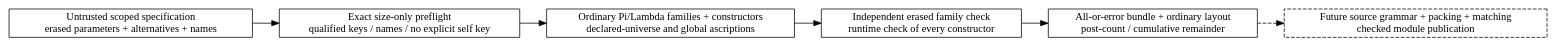
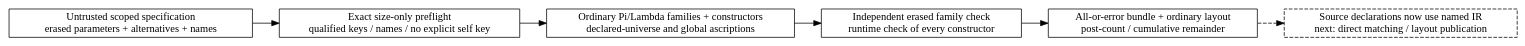
Before and after one commit to odunboye/fibril: the diagram in docs/diagrams/data-declarations.dot, drawn with Graphviz. The commit also changed 31 other files, not shown here.

```diff
--- a/docs/diagrams/data-declarations.dot
+++ b/docs/diagrams/data-declarations.dot
@@ -1,12 +1,12 @@
 digraph DataDeclarations {
   rankdir=LR;
   node [shape=box];
   input [label="Untrusted scoped specification\nerased parameters + alternatives + names"];
   admission [label="Exact size-only preflight\nqualified keys / names / no explicit self key"];
   generate [label="Ordinary Pi/Lambda families + constructors\ndeclared-universe and global ascriptions"];
   check [label="Independent erased family check\nruntime check of every constructor"];
   output [label="All-or-error bundle + ordinary layout\npost-count / cumulative remainder"];
   input -> admission -> generate -> check -> output;
-  future [label="Future source grammar + packing + matching\nchecked module publication", style=dashed];
+  future [label="Source declarations now use named IR\nnext: direct matching / layout publication", style=dashed];
   output -> future [style=dashed];
 }
```
